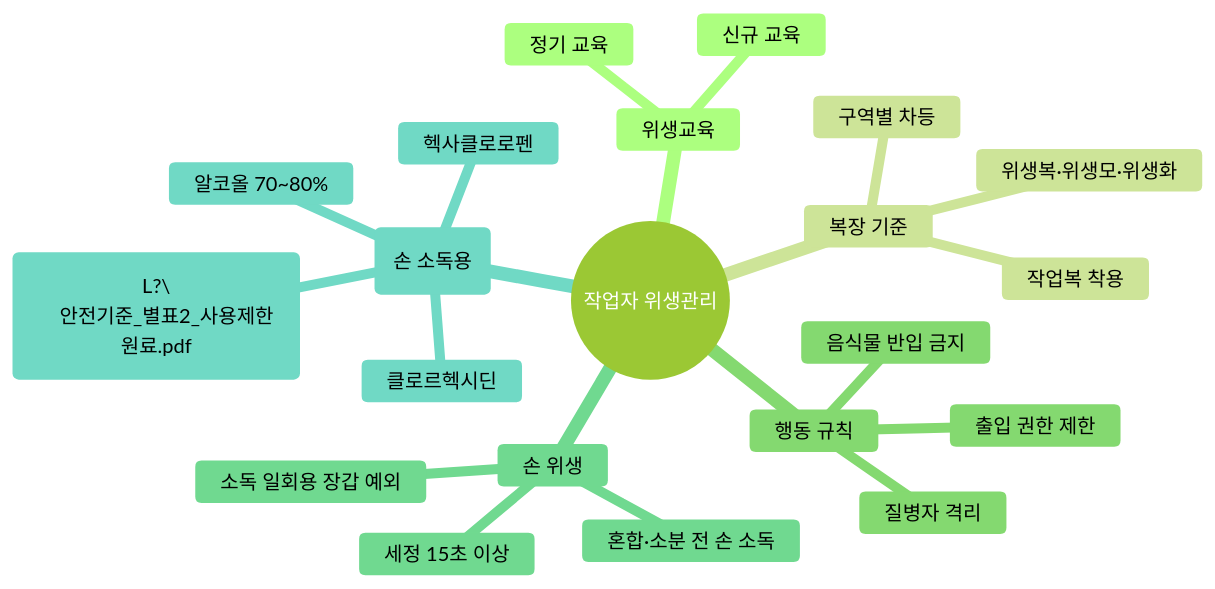
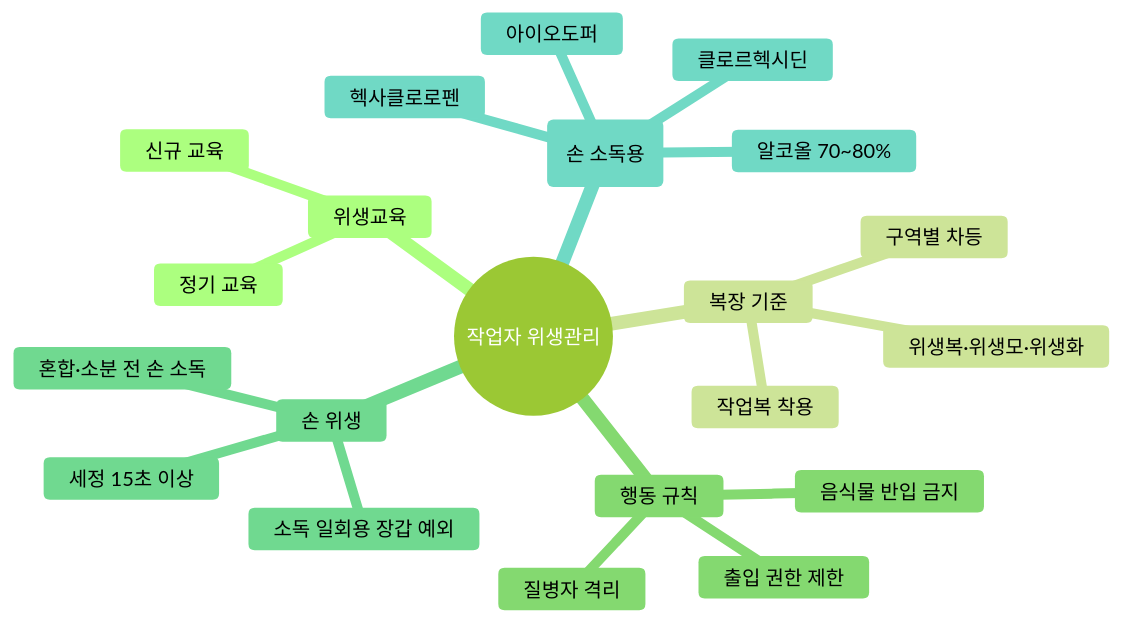
One commit to skygoldlee-cyber/Personalized_Skincare changed diagram 11 of 19 in content/교재/safety/3과목_유통화장품안전관리_이야기형.md. Above: the diagram before and after it, drawn with Mermaid (forest theme). The commit also changed other lines of this file and 8 other files, not shown here.

````diff
--- a/content/교재/safety/3과목_유통화장품안전관리_이야기형.md
+++ b/content/교재/safety/3과목_유통화장품안전관리_이야기형.md
@@ -1360,25 +1358,24 @@
 ```mermaid
 mindmap
  root((작업자 위생관리))
   위생교육
    신규 교육
    정기 교육
   복장 기준
    작업복 착용
    구역별 차등
    위생복·위생모·위생화
   행동 규칙
    음식물 반입 금지
    질병자 격리
    출입 권한 제한
   손 위생
    세정 15초 이상
    소독 일회용 장갑 예외
    혼합·소분 전 손 소독
   소독제 4종(손 소독용)
    알코올 70~80%
    클로르헥시딘
    헥사클로로펜
-   아이오도퍼 (L?\
-    안전기준_별표2_사용제한원료.pdf)
+   아이오도퍼
 ```
````
